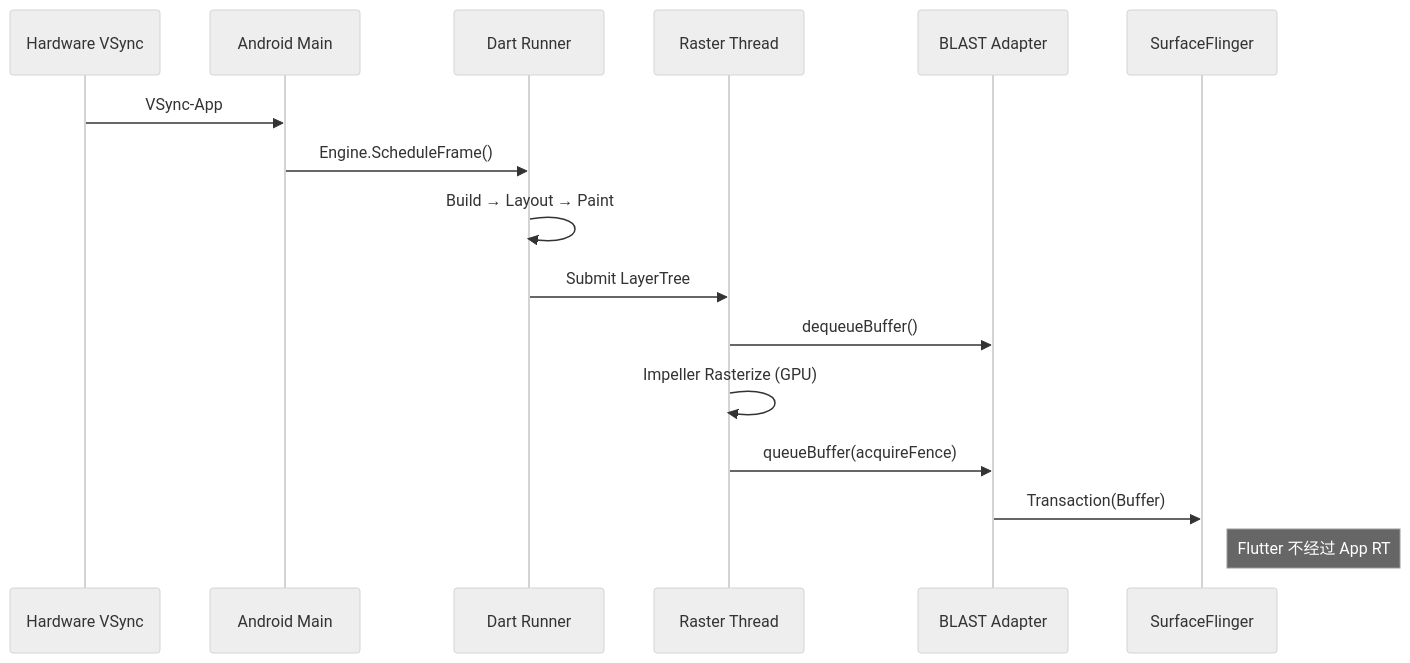
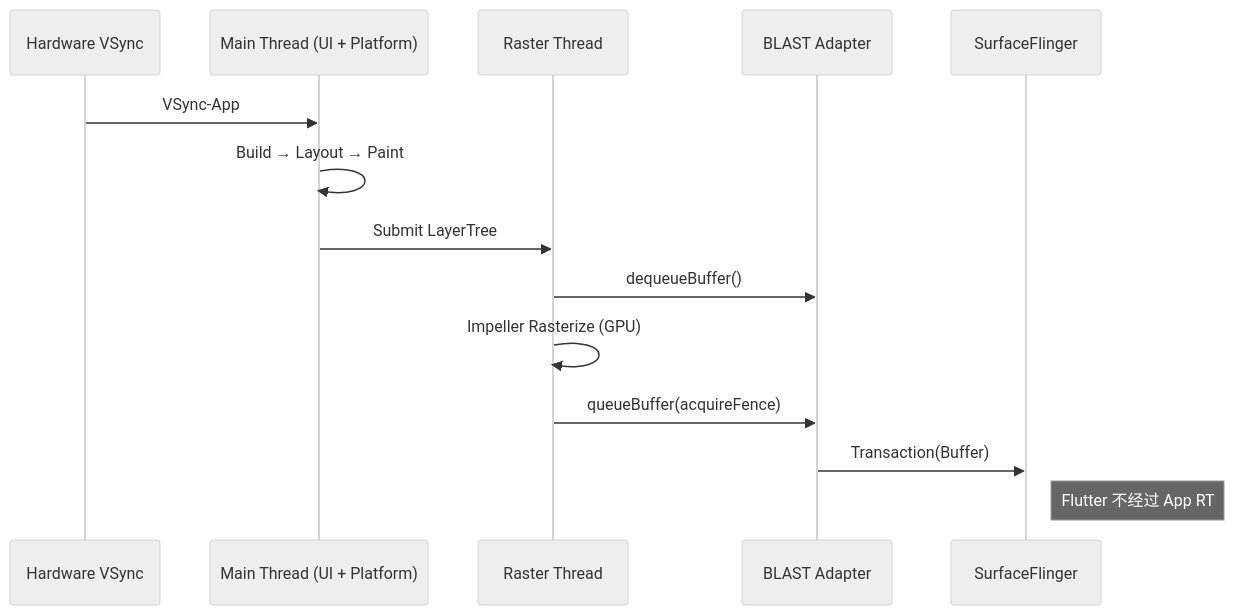
The second of 3 diagrams in src/part2-performance/ch18-rendering-pipelines/12-flutter-rendering.md (Gracker/android-internals-wiki), drawn with Mermaid (neutral theme) before and after one commit. The commit also changed other lines of this file and 5 other files, not shown here.

````diff
--- a/src/part2-performance/ch18-rendering-pipelines/12-flutter-rendering.md
+++ b/src/part2-performance/ch18-rendering-pipelines/12-flutter-rendering.md
@@ -136,21 +138,19 @@
 ```mermaid
 sequenceDiagram
     participant HW as Hardware VSync
-    participant Main as Android Main
-    participant Dart as Dart Runner
+    participant Main as Main Thread (UI + Platform)
     participant Raster as Raster Thread
     participant BBQ as BLAST Adapter
     participant SF as SurfaceFlinger
 
     HW->>Main: VSync-App
-    Main->>Dart: Engine.ScheduleFrame()
-    Dart->>Dart: Build → Layout → Paint
-    Dart->>Raster: Submit LayerTree
+    Main->>Main: Build → Layout → Paint
+    Main->>Raster: Submit LayerTree
     
     Raster->>BBQ: dequeueBuffer()
     Raster->>Raster: Impeller Rasterize (GPU)
     Raster->>BBQ: queueBuffer(acquireFence)
     
     BBQ->>SF: Transaction(Buffer)
     Note right of SF: Flutter 不经过 App RT
 ```
````
